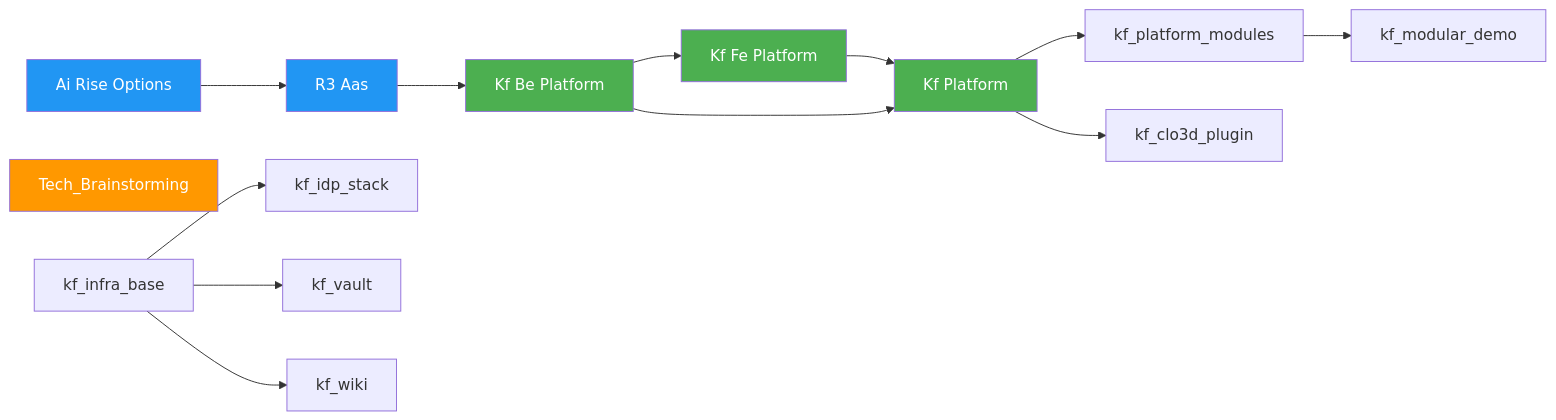
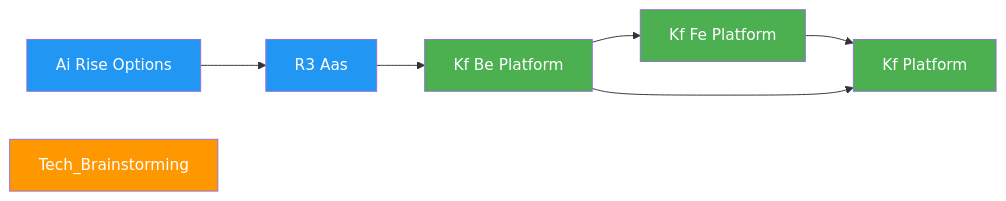
One commit to Katty-Fashion/kf-cpto changed the diagram in docs/dependency-graph.md. Above: the diagram before and after it, drawn with Mermaid. The commit also changed other lines of this file and 16 other files, not shown here.

````diff
--- a/docs/dependency-graph.md
+++ b/docs/dependency-graph.md
@@ -10,24 +10,18 @@
 ```mermaid
 graph LR
     R3_AAS["R3 Aas"]:::eu
     ai_rise_options["Ai Rise Options"]:::eu
     kf_be_platform["Kf Be Platform"]:::saas
     kf_fe_platform["Kf Fe Platform"]:::saas
     kf_platform["Kf Platform"]:::saas
     tech_brainstorming["Tech_Brainstorming"]:::internal
     ai_rise_options --> R3_AAS
     R3_AAS --> kf_be_platform
     kf_be_platform --> kf_fe_platform
     kf_fe_platform --> kf_platform
     kf_be_platform --> kf_platform
-    kf_infra_base --> kf_idp_stack
-    kf_infra_base --> kf_vault
-    kf_infra_base --> kf_wiki
-    kf_platform --> kf_platform_modules
-    kf_platform_modules --> kf_modular_demo
-    kf_platform --> kf_clo3d_plugin
 
     classDef saas fill:#4CAF50,color:#fff
     classDef eu fill:#2196F3,color:#fff
     classDef internal fill:#FF9800,color:#fff
 ```
````
